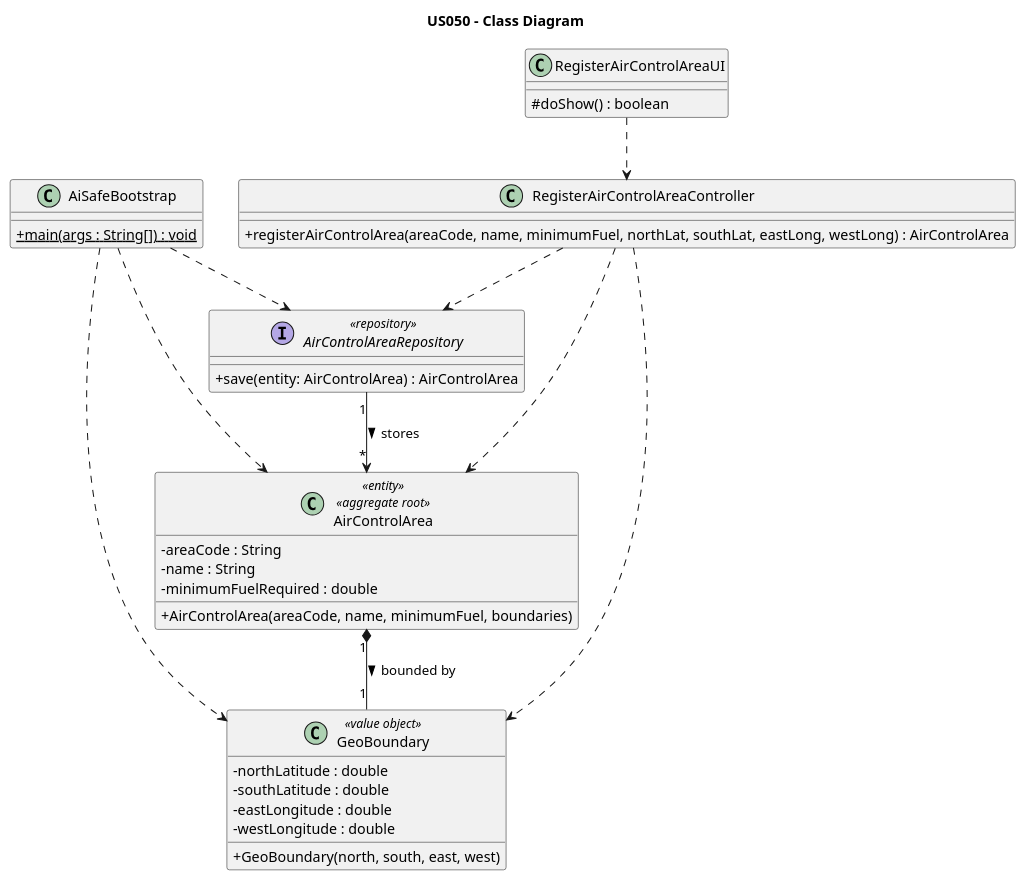
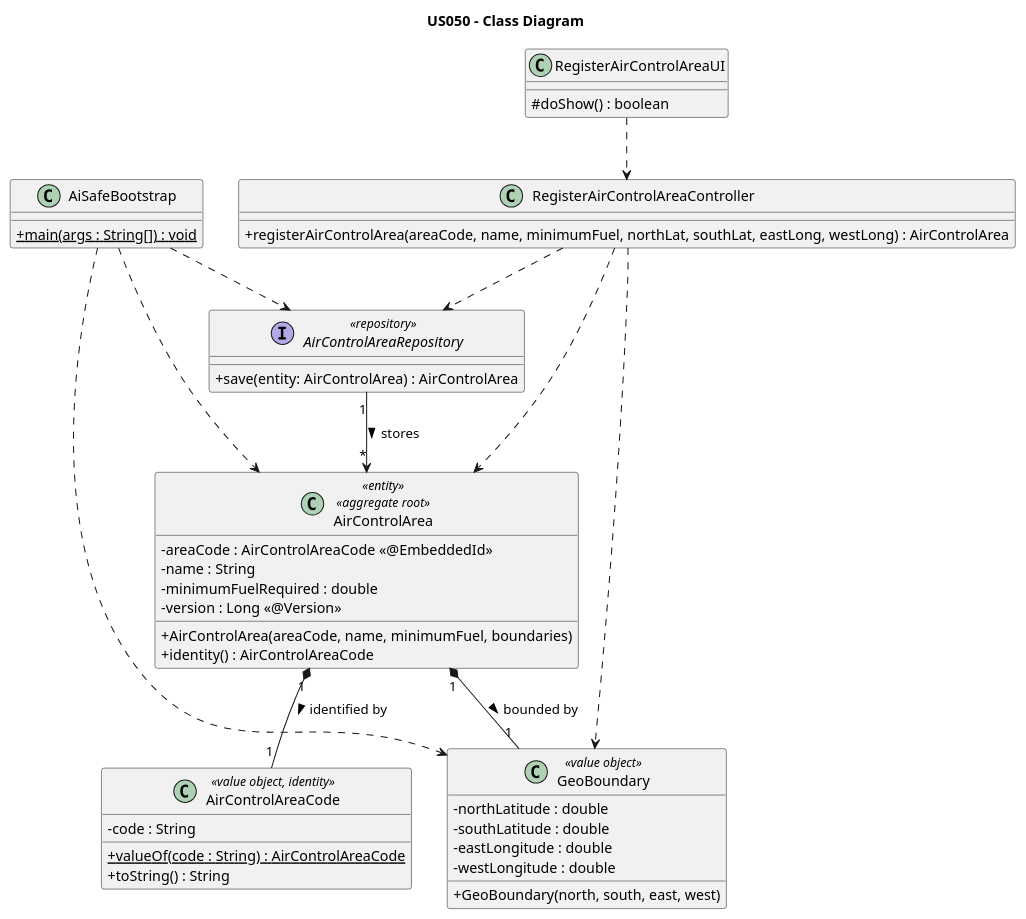
One commit to brunodspinto/aisafe changed the diagram in aisafe.base/docs/user-stories/us050/puml/US050-class-diagram.puml. Above: the diagram before and after it, drawn with PlantUML. The commit also changed 3 other files, not shown here.

Commit message:
#24 US050 - refactor: update AirControlArea model to use AirControlAreaCode as embedded ID and enhance class diagram

```diff
--- a/aisafe.base/docs/user-stories/us050/puml/US050-class-diagram.puml
+++ b/aisafe.base/docs/user-stories/us050/puml/US050-class-diagram.puml
@@ -1,52 +1,61 @@
 @startuml
 skinparam packageStyle rectangle
 skinparam shadowing false
 skinparam classAttributeIconSize 0
 
 title US050 - Class Diagram
 
 class AiSafeBootstrap {
     +{static} main(args : String[]) : void
 }
 
 class RegisterAirControlAreaUI {
     # doShow() : boolean
 }
 
 class RegisterAirControlAreaController {
     + registerAirControlArea(areaCode, name, minimumFuel, northLat, southLat, eastLong, westLong) : AirControlArea
 }
 
+class AirControlAreaCode <<value object, identity>> {
+    - code : String
+    + {static} valueOf(code : String) : AirControlAreaCode
+    + toString() : String
+}
+
 class AirControlArea <<entity>> <<aggregate root>> {
-    - areaCode : String
+    - areaCode : AirControlAreaCode <<@EmbeddedId>>
     - name : String
     - minimumFuelRequired : double
+    - version : Long <<@Version>>
     + AirControlArea(areaCode, name, minimumFuel, boundaries)
+    + identity() : AirControlAreaCode
 }
 
 class GeoBoundary <<value object>> {
     - northLatitude : double
     - southLatitude : double
     - eastLongitude : double
     - westLongitude : double
     + GeoBoundary(north, south, east, west)
 }
 
 interface AirControlAreaRepository <<repository>> {
     + save(entity: AirControlArea) : AirControlArea
 }
 
 ' Relações de Dependência da Aplicação
 RegisterAirControlAreaUI .down.> RegisterAirControlAreaController
 RegisterAirControlAreaController .down.> AirControlArea
 RegisterAirControlAreaController .down.> GeoBoundary
 RegisterAirControlAreaController .down.> AirControlAreaRepository
 AiSafeBootstrap .down.> AirControlArea
 AiSafeBootstrap .down.> GeoBoundary
 AiSafeBootstrap .down.> AirControlAreaRepository
 
 ' Relações do Domínio
+AirControlArea "1" *-- "1" AirControlAreaCode : identified by >
 AirControlArea "1" *-- "1" GeoBoundary : bounded by >
 AirControlAreaRepository "1" --> "*" AirControlArea : stores >
 
 @enduml
```
